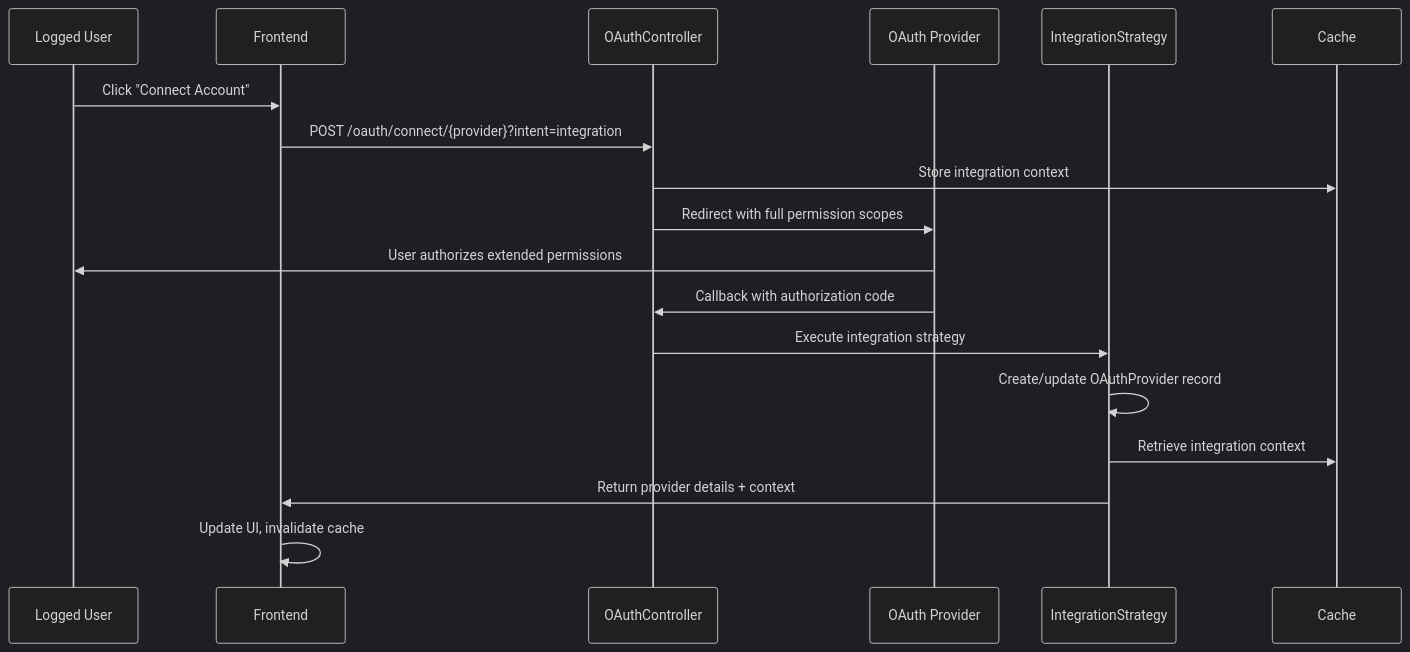
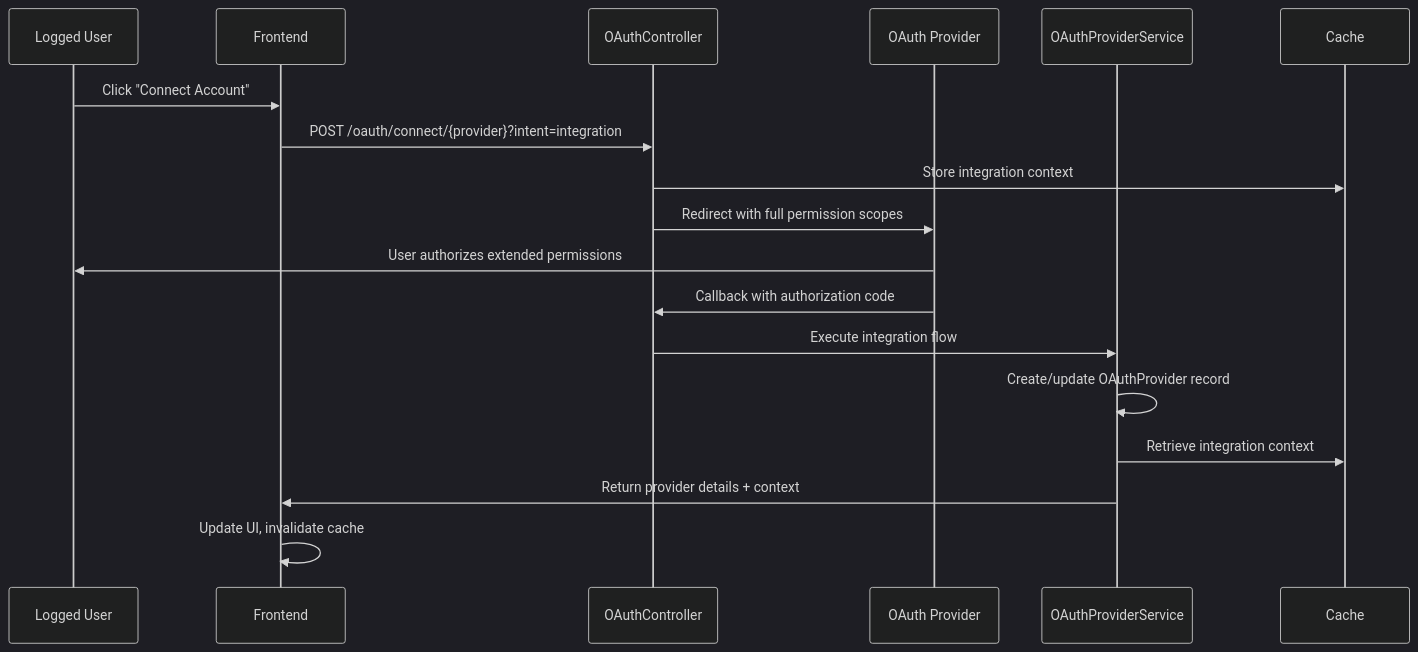
One commit to JhumanJ/OpnForm changed the fourth of 5 diagrams in docs/contributing/new-integration.mdx. Above: the diagram before and after it, drawn with Mermaid (dark theme). The commit also changed other lines of this file and 17 other files, not shown here.

First line of the commit message:
Refactor OAuth Integration Logic and Introduce Google One Tap Support

````diff
--- a/docs/contributing/new-integration.mdx
+++ b/docs/contributing/new-integration.mdx
@@ -301,21 +306,21 @@
 ```mermaid
 sequenceDiagram
     participant U as Logged User
     participant F as Frontend
     participant API as OAuthController
     participant P as OAuth Provider
-    participant IS as IntegrationStrategy
+    participant PS as OAuthProviderService
     participant C as Cache
     
     U->>F: Click "Connect Account" 
     F->>API: POST /oauth/connect/{provider}?intent=integration
     API->>C: Store integration context
     API->>P: Redirect with full permission scopes
     P->>U: User authorizes extended permissions
     P->>API: Callback with authorization code
-    API->>IS: Execute integration strategy
-    IS->>IS: Create/update OAuthProvider record
-    IS->>C: Retrieve integration context
-    IS->>F: Return provider details + context
+    API->>PS: Execute integration flow
+    PS->>PS: Create/update OAuthProvider record
+    PS->>C: Retrieve integration context
+    PS->>F: Return provider details + context
     F->>F: Update UI, invalidate cache
 ```
````
